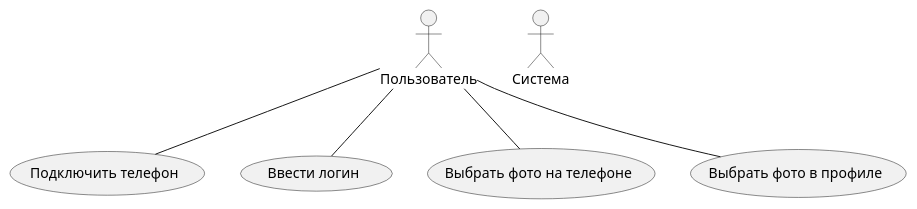
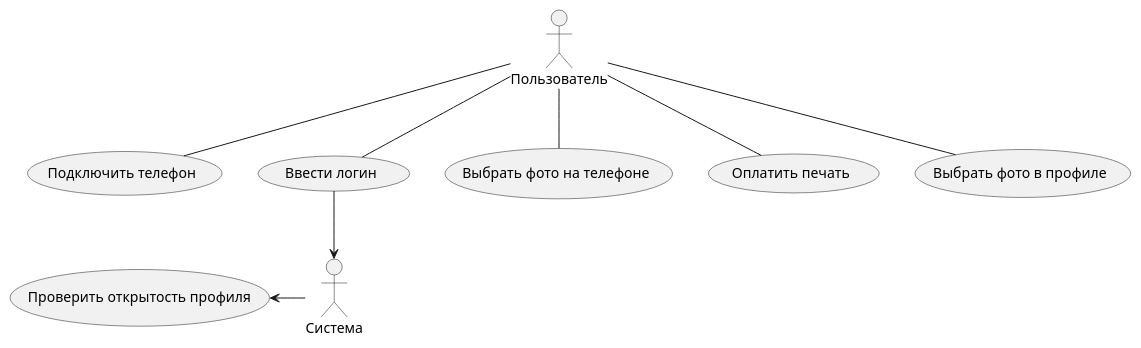
One commit to PopkovAYu/Notes changed the diagram in Notes/Системная аналитика/Курсы от нетологии/Раздел 3. Анализ требований/Итоговая работа по модулю.md. Above: the diagram before and after it, drawn with PlantUML.

Commit message:
vault backup: 2024-04-25 17:23:50
Affected files:
Notes/Системная аналитика/Курсы от нетологии/Раздел 3. Анализ требований/Итоговая работа по модулю.md

````diff
--- a/Notes/Системная аналитика/Курсы от нетологии/Раздел 3. Анализ требований/Итоговая работа по модулю.md
+++ b/Notes/Системная аналитика/Курсы от нетологии/Раздел 3. Анализ требований/Итоговая работа по модулю.md
@@ -72,12 +72,14 @@
 ```plantuml
 @startuml
 actor Пользователь as user
 actor Система as sys
 
 user -- (Подключить телефон)
 user -- (Ввести логин)
 user -- (Выбрать фото на телефоне)
+user -- (Оплатить печать)
 user -- (Выбрать фото в профиле)
-
+(Ввести логин) --> sys
+sys -left-> (Проверить открытость профиля)
 @enduml
 ```
````
